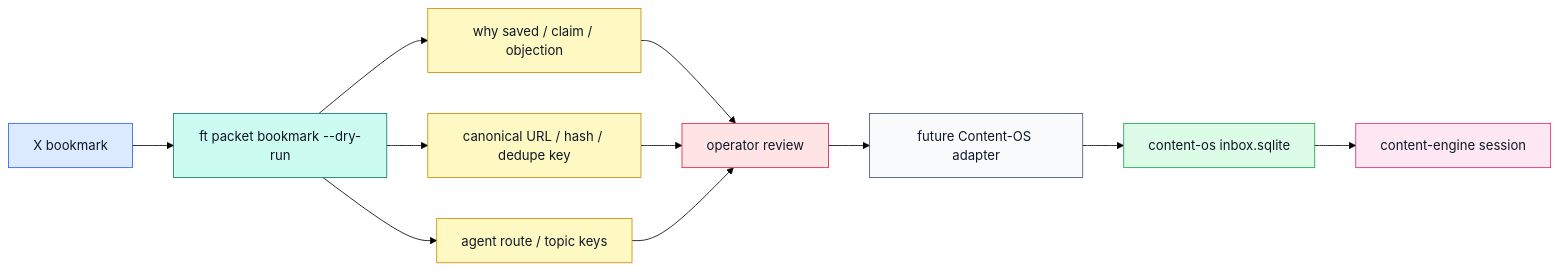
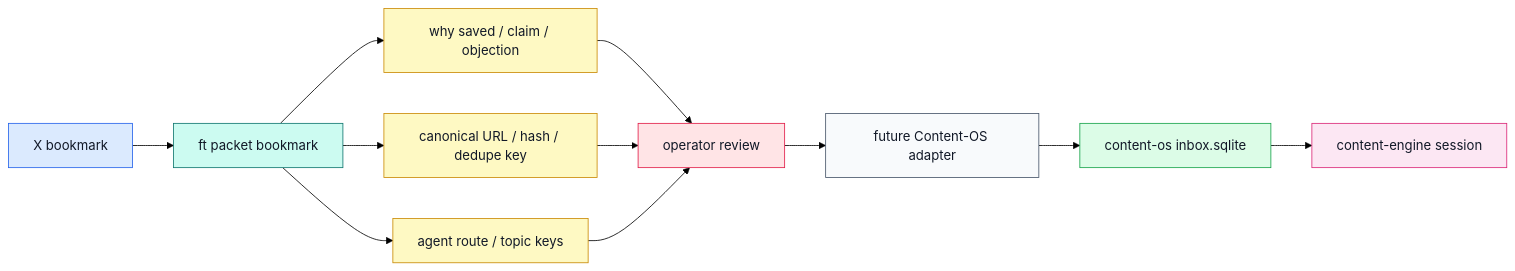
Before and after one commit to chipoto69/fieldtheory: the sixth of 6 diagrams in docs/features/agent-brief-packs.md, drawn with Mermaid (forest theme). The commit also changed other lines of this file and 8 other files, not shown here.

````diff
--- a/docs/features/agent-brief-packs.md
+++ b/docs/features/agent-brief-packs.md
@@ -341,19 +357,19 @@
 ```mermaid
 flowchart LR
-  Bookmark["X bookmark"]:::input --> Packet["ft packet bookmark --dry-run"]:::brief
+  Bookmark["X bookmark"]:::input --> Packet["ft packet bookmark"]:::brief
   Packet --> Intent["why saved / claim / objection"]:::artifact
   Packet --> Identity["canonical URL / hash / dedupe key"]:::artifact
   Packet --> Route["agent route / topic keys"]:::artifact
   Intent & Identity & Route --> Review["operator review"]:::gate
   Review --> Adapter["future Content-OS adapter"]:::surface
   Adapter --> Inbox["content-os inbox.sqlite"]:::store
   Inbox --> Engine["content-engine session"]:::agent
 
   classDef input fill:#dbeafe,stroke:#2563eb,color:#111827;
   classDef brief fill:#ccfbf1,stroke:#0f766e,color:#111827;
   classDef artifact fill:#fef9c3,stroke:#ca8a04,color:#111827;
   classDef gate fill:#ffe4e6,stroke:#e11d48,color:#111827;
   classDef surface fill:#f8fafc,stroke:#475569,color:#111827;
   classDef store fill:#dcfce7,stroke:#16a34a,color:#111827;
   classDef agent fill:#fce7f3,stroke:#db2777,color:#111827;
 ```
````
